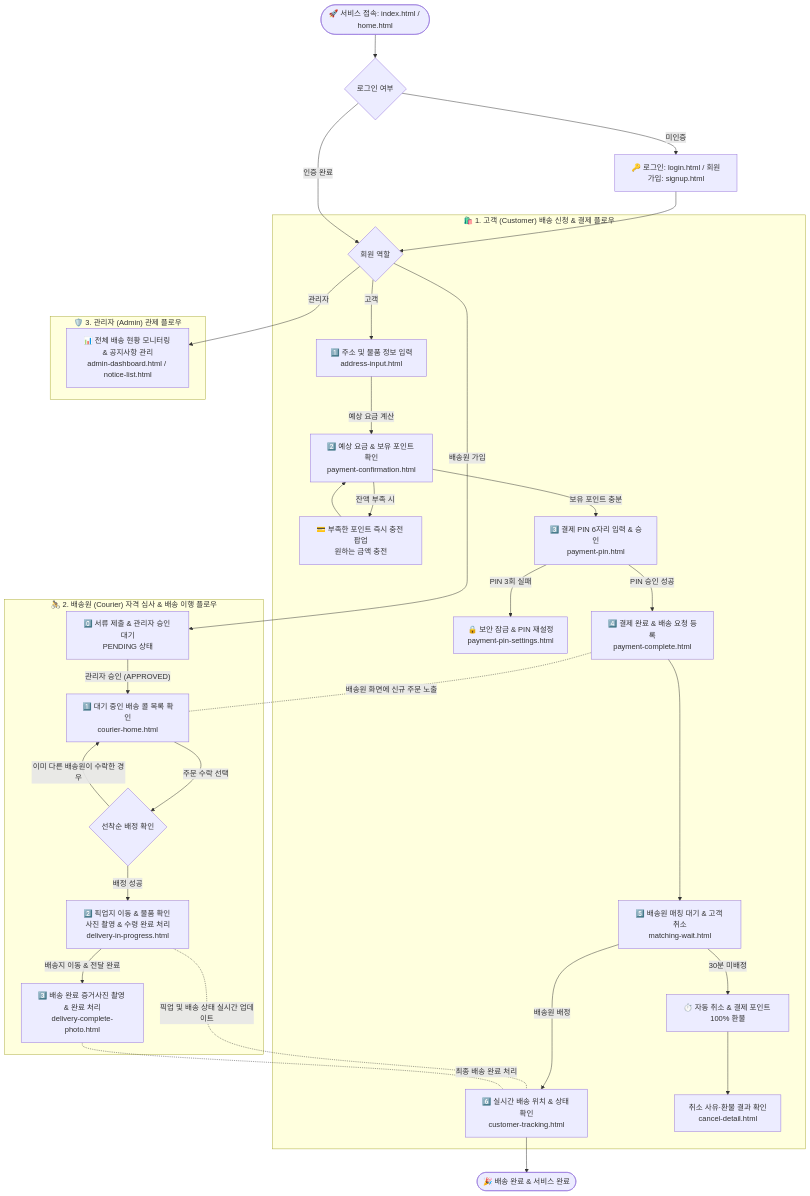
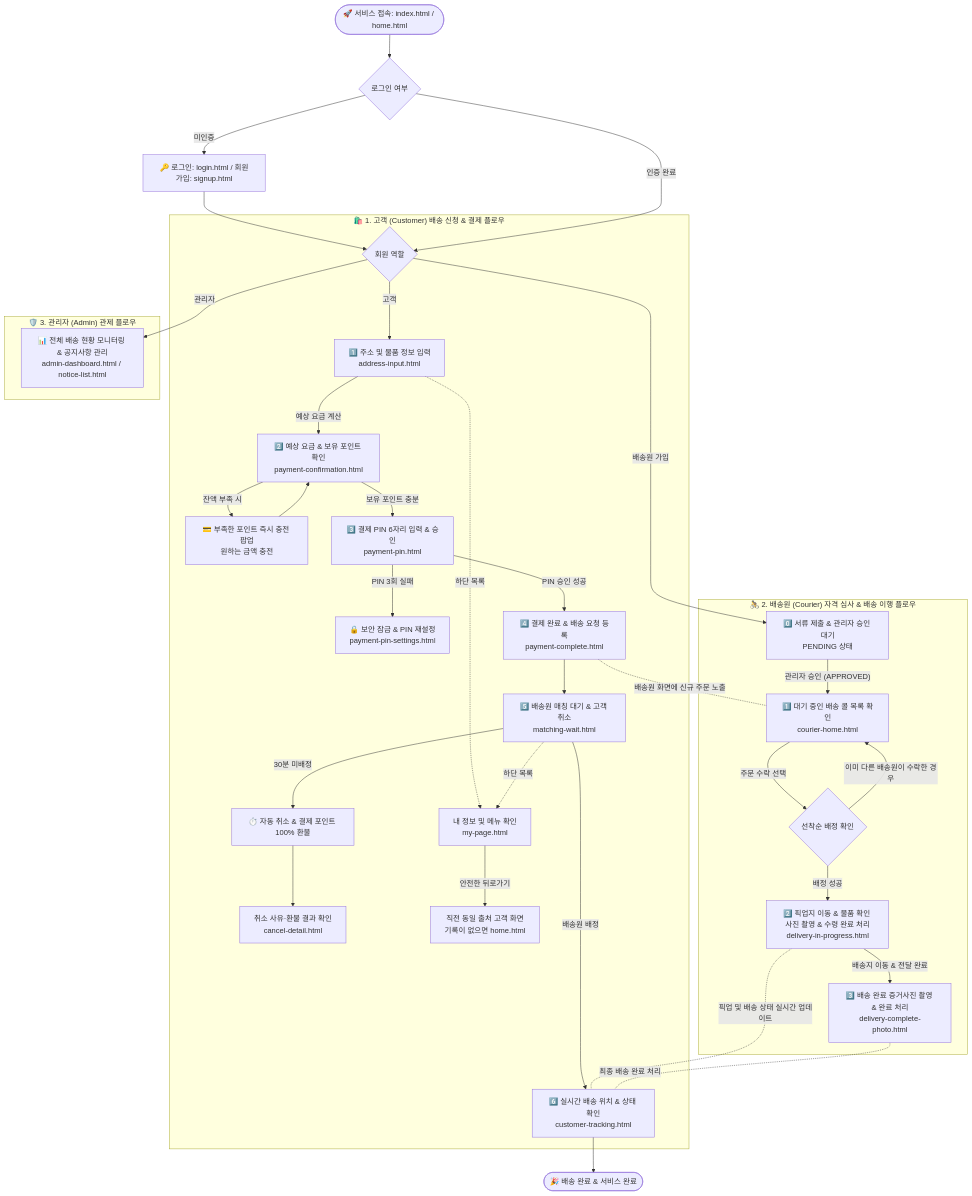
The first of 3 diagrams in docs/architecture/전체-유저-플로우-가이드.md (ShinhanDSProject/shinhan-delivery), drawn with Mermaid before and after one commit. The commit also changed other lines of this file and 15 other files, not shown here.

````diff
--- a/docs/architecture/전체-유저-플로우-가이드.md
+++ b/docs/architecture/전체-유저-플로우-가이드.md
@@ -29,56 +29,59 @@
 ```mermaid
 flowchart TD
     %% 시작 및 인증
     Start([🚀 서비스 접속: index.html / home.html]) --> AuthChoice{로그인 여부}
     
     AuthChoice -- 미인증 --> Login[🔑 로그인: login.html / 회원가입: signup.html]
     Login --> RoleChoice{회원 역할}
     AuthChoice -- 인증 완료 --> RoleChoice
 
     %% -------------------------------------------------------------
     %% 1. 고객 (Customer) 유저 플로우
     %% -------------------------------------------------------------
     subgraph CustomerFlow ["🛍️ 1. 고객 (Customer) 배송 신청 & 결제 플로우"]
         RoleChoice -- 고객 --> AddrInput[1️⃣ 주소 및 물품 정보 입력<br/>address-input.html]
         AddrInput -- 예상 요금 계산 --> PayConfirm[2️⃣ 예상 요금 & 보유 포인트 확인<br/>payment-confirmation.html]
         
         PayConfirm -- 잔액 부족 시 --> PointCharge[💳 부족한 포인트 즉시 충전 팝업<br/>원하는 금액 충전]
         PointCharge --> PayConfirm
         
         PayConfirm -- 보유 포인트 충분 --> PayPin[3️⃣ 결제 PIN 6자리 입력 & 승인<br/>payment-pin.html]
         PayPin -- PIN 3회 실패 --> PinLock[🔒 보안 잠금 & PIN 재설정<br/>payment-pin-settings.html]
         PayPin -- PIN 승인 성공 --> PayComplete[4️⃣ 결제 완료 & 배송 요청 등록<br/>payment-complete.html]
         
         PayComplete --> MatchingWait[5️⃣ 배송원 매칭 대기 & 고객 취소<br/>matching-wait.html]
         MatchingWait -- 배송원 배정 --> Tracking[6️⃣ 실시간 배송 위치 & 상태 확인<br/>customer-tracking.html]
         MatchingWait -- 30분 미배정 --> TimeoutRefund[⏱️ 자동 취소 & 결제 포인트 100% 환불]
         TimeoutRefund --> CancelDetail[취소 사유·환불 결과 확인<br/>cancel-detail.html]
+        AddrInput -. 하단 목록 .-> MyPage[내 정보 및 메뉴 확인<br/>my-page.html]
+        MatchingWait -. 하단 목록 .-> MyPage
+        MyPage -- 안전한 뒤로가기 --> PreviousCustomerScreen[직전 동일 출처 고객 화면<br/>기록이 없으면 home.html]
     end
 
     %% -------------------------------------------------------------
     %% 2. 배송원 (Courier) 유저 플로우
     %% -------------------------------------------------------------
     subgraph CourierFlow ["🚴 2. 배송원 (Courier) 자격 심사 & 배송 이행 플로우"]
         RoleChoice -- 배송원 가입 --> CourierPending[0️⃣ 서류 제출 & 관리자 승인 대기<br/>PENDING 상태]
         CourierPending -- 관리자 승인 (APPROVED) --> CourierDash[1️⃣ 대기 중인 배송 콜 목록 확인<br/>courier-home.html]
         
         CourierDash -- 주문 수락 선택 --> MatchCheck{선착순 배정 확인}
         MatchCheck -- 이미 다른 배송원이 수락한 경우 --> CourierDash
         MatchCheck -- 배정 성공 --> CourierPickup[2️⃣ 픽업지 이동 & 물품 확인 사진 촬영 & 수령 완료 처리<br/>delivery-in-progress.html]
         
         CourierPickup -- 배송지 이동 & 전달 완료 --> CourierComplete[3️⃣ 배송 완료 증거사진 촬영 & 완료 처리<br/>delivery-complete-photo.html]
     end
 
     %% -------------------------------------------------------------
     %% 3. 관리자 (Admin) 유저 플로우
     %% -------------------------------------------------------------
     subgraph AdminFlow ["🛡️ 3. 관리자 (Admin) 관제 플로우"]
         RoleChoice -- 관리자 --> AdminDash[📊 전체 배송 현황 모니터링 & 공지사항 관리<br/>admin-dashboard.html / notice-list.html]
     end
 
     %% 실시간 상호작용 연결
     PayComplete -. 배송원 화면에 신규 주문 노출 .- CourierDash
     CourierPickup -. 픽업 및 배송 상태 실시간 업데이트 .- Tracking
     CourierComplete -. 최종 배송 완료 처리 .- Tracking
     Tracking --> Finish([🎉 배송 완료 & 서비스 완료])
 ```
````
